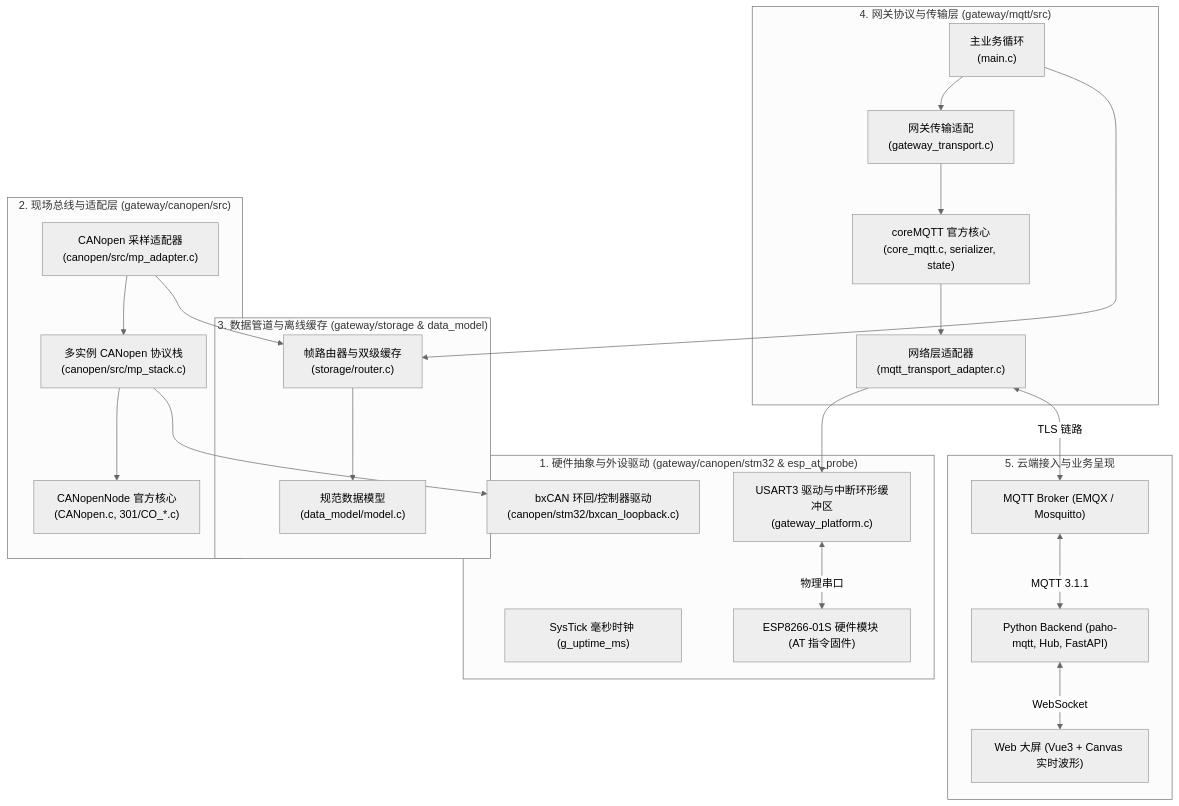
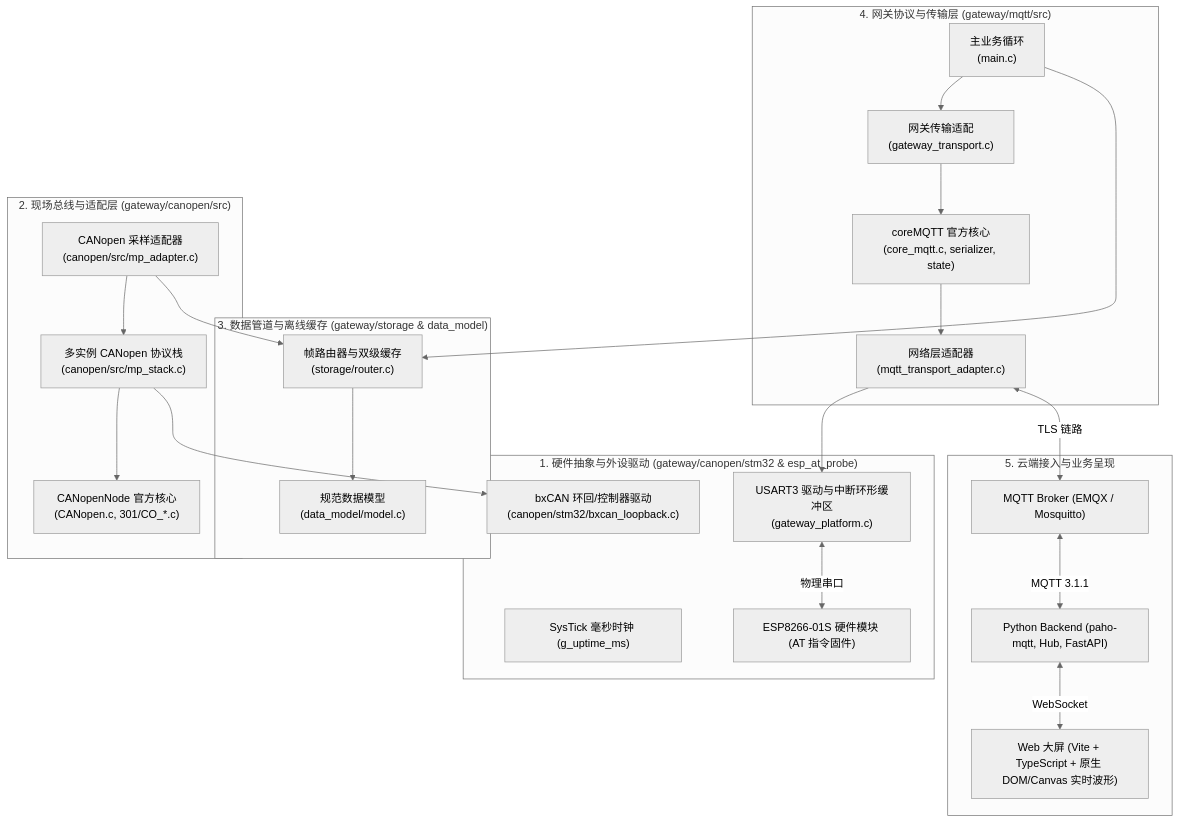
Before and after one commit to Serendipity-min/medical-multi-parameter-monitor: the second of 7 diagrams in doc/P/04_第四阶段_P5_coreMQTT裸机迁移/技术讲解与复盘/01_P5_coreMQTT_网关运行机制与源码调用链_v2.0.md, drawn with Mermaid (neutral theme). The commit also changed other lines of this file and 4 other files, not shown here.

````diff
--- a/doc/P/04_第四阶段_P5_coreMQTT裸机迁移/技术讲解与复盘/01_P5_coreMQTT_网关运行机制与源码调用链_v2.0.md
+++ b/doc/P/04_第四阶段_P5_coreMQTT裸机迁移/技术讲解与复盘/01_P5_coreMQTT_网关运行机制与源码调用链_v2.0.md
@@ -84,48 +84,48 @@
 ```mermaid
 flowchart TD
     subgraph Layer5["5. 云端接入与业务呈现"]
         Broker["MQTT Broker (EMQX / Mosquitto)"]
         Backend["Python Backend (paho-mqtt, Hub, FastAPI)"]
-        WebUI["Web 大屏 (Vue3 + Canvas 实时波形)"]
+        WebUI["Web 大屏 (Vite + TypeScript + 原生 DOM/Canvas 实时波形)"]
         Broker <-->|MQTT 3.1.1| Backend
         Backend <-->|WebSocket| WebUI
     end
 
     subgraph Layer4["4. 网关协议与传输层 (gateway/mqtt/src)"]
         MQTT_APP["主业务循环\n(main.c)"]
         MQTT_TRANS["网关传输适配\n(gateway_transport.c)"]
         CORE_MQTT["coreMQTT 官方核心\n(core_mqtt.c, serializer, state)"]
         NET_ADAPTER["网络层适配器\n(mqtt_transport_adapter.c)"]
         MQTT_APP --> MQTT_TRANS
         MQTT_TRANS --> CORE_MQTT
         CORE_MQTT --> NET_ADAPTER
     end
 
     subgraph Layer3["3. 数据管道与离线缓存 (gateway/storage & data_model)"]
         ROUTER["帧路由器与双级缓存\n(storage/router.c)"]
         MODEL["规范数据模型\n(data_model/model.c)"]
         MQTT_APP --> ROUTER
         ROUTER --> MODEL
     end
 
     subgraph Layer2["2. 现场总线与适配层 (gateway/canopen/src)"]
         ADAPTER["CANopen 采样适配器\n(canopen/src/mp_adapter.c)"]
         STACK["多实例 CANopen 协议栈\n(canopen/src/mp_stack.c)"]
         CANOPEN_NODE["CANopenNode 官方核心\n(CANopen.c, 301/CO_*.c)"]
         ADAPTER --> STACK
         STACK --> CANOPEN_NODE
         ADAPTER --> ROUTER
     end
 
     subgraph Layer1["1. 硬件抽象与外设驱动 (gateway/canopen/stm32 & esp_at_probe)"]
         BXCAN["bxCAN 环回/控制器驱动\n(canopen/stm32/bxcan_loopback.c)"]
         UART_DRV["USART3 驱动与中断环形缓冲区\n(gateway_platform.c)"]
         SYSTICK["SysTick 毫秒时钟 (g_uptime_ms)"]
         ESP_HW["ESP8266-01S 硬件模块 (AT 指令固件)"]
         NET_ADAPTER --> UART_DRV
         UART_DRV <-->|物理串口| ESP_HW
         STACK --> BXCAN
     end
 
     NET_ADAPTER <-->|TLS 链路| Broker
 ```
````
